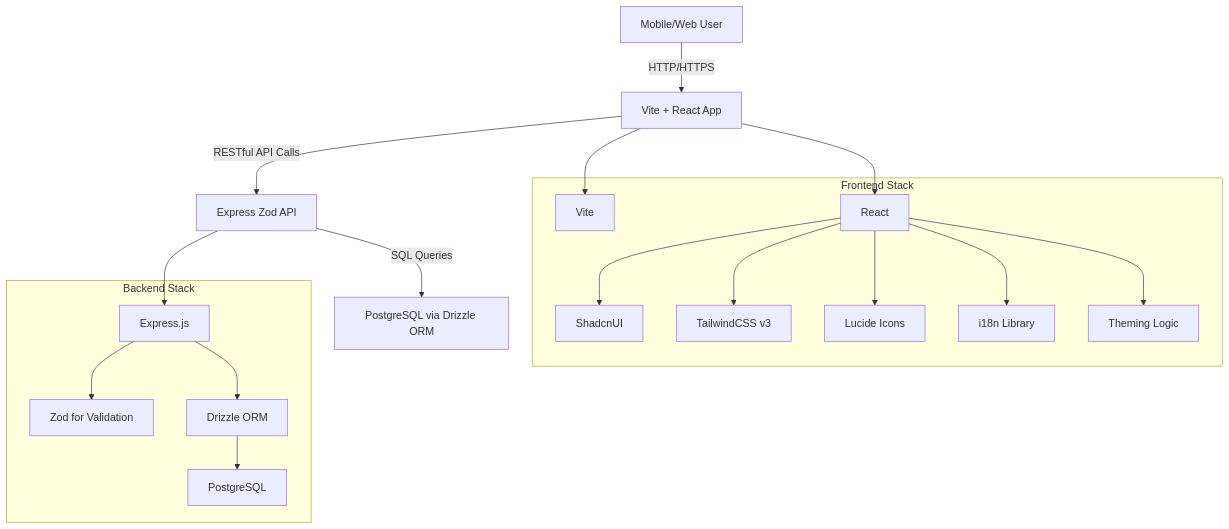
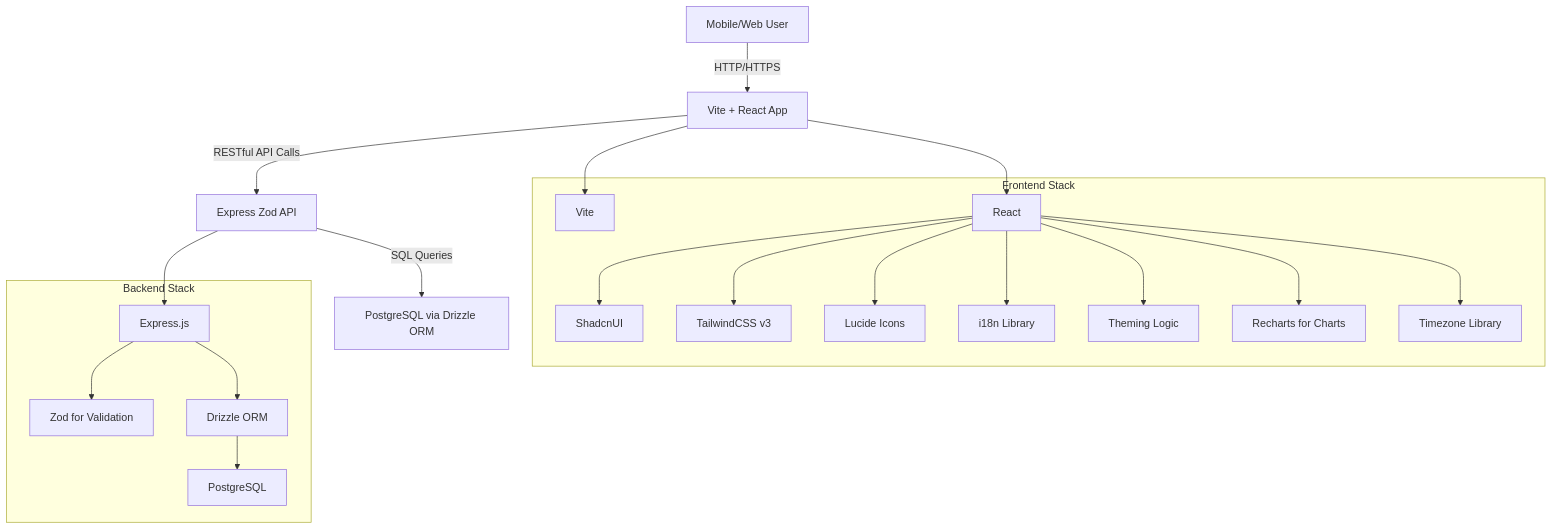
The diagram in memory-bank/systemPatterns.md (p30arena/meow_do), drawn with Mermaid before and after one commit. The commit also changed other lines of this file and 29 other files, not shown here.

````diff
--- a/memory-bank/systemPatterns.md
+++ b/memory-bank/systemPatterns.md
@@ -7,36 +7,40 @@
 ```mermaid
 graph TD
     User[Mobile/Web User] -->|HTTP/HTTPS| Frontend[Vite + React App]
     Frontend -->|RESTful API Calls| Backend[Express Zod API]
     Backend -->|SQL Queries| Database[PostgreSQL via Drizzle ORM]
 
     subgraph Frontend Stack
         F1[Vite]
         F2[React]
         F3[ShadcnUI]
         F4[TailwindCSS v3]
         F5[Lucide Icons]
-        F6[i18n Library]
-        F7[Theming Logic]
+    F6[i18n Library]
+    F7[Theming Logic]
+    F8[Recharts for Charts]
+    F9[Timezone Library]
     end
 
     subgraph Backend Stack
         B1[Express.js]
         B2[Zod for Validation]
         B3[Drizzle ORM]
         B4[PostgreSQL]
     end
 
     Frontend --> F1
     Frontend --> F2
     F2 --> F3
     F2 --> F4
     F2 --> F5
     F2 --> F6
     F2 --> F7
+    F2 --> F8
+    F2 --> F9
 
     Backend --> B1
     B1 --> B2
     B1 --> B3
     B3 --> B4
 ```
````
